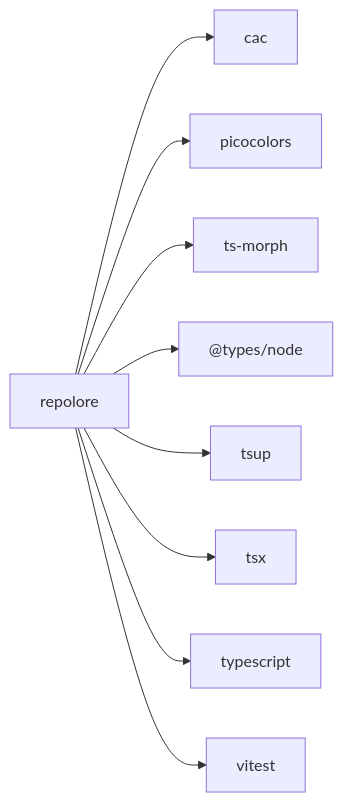
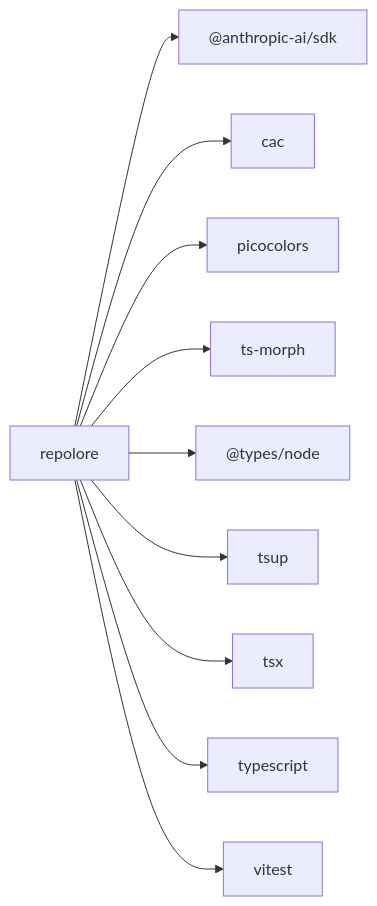
The diagram in docs/diagrams/deps.md (BoxPistols/repolore), drawn with Mermaid before and after one commit. The commit also changed other lines of this file and 13 other files, not shown here.

````diff
--- a/docs/diagrams/deps.md
+++ b/docs/diagrams/deps.md
@@ -11,20 +11,22 @@
 ```mermaid
 flowchart LR
     repolore["repolore"]
+    _anthropic_ai_sdk["@anthropic-ai/sdk"]
     cac["cac"]
     picocolors["picocolors"]
     ts_morph["ts-morph"]
     _types_node["@types/node"]
     tsup["tsup"]
     tsx["tsx"]
     typescript["typescript"]
     vitest["vitest"]
+    repolore --> _anthropic_ai_sdk
     repolore --> cac
     repolore --> picocolors
     repolore --> ts_morph
     repolore --> _types_node
     repolore --> tsup
     repolore --> tsx
     repolore --> typescript
     repolore --> vitest
 ```
````
